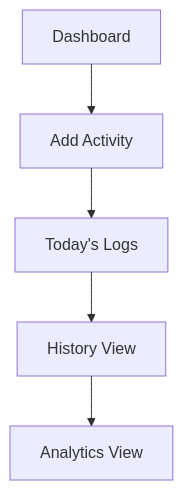
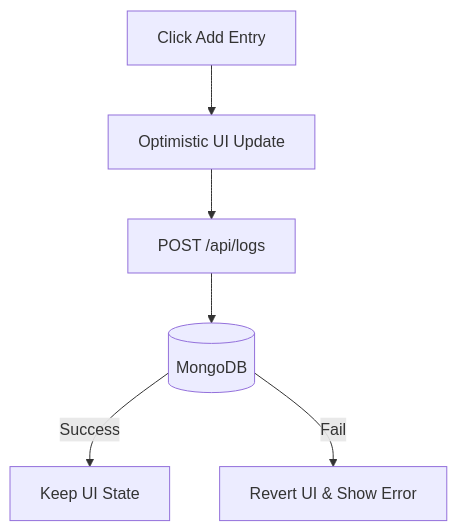
Before and after one commit to abhijeet-hudda/Focus-and-Habit-Tracker: the fourth of 6 diagrams in wireframe.md, drawn with Mermaid. The commit also changed other lines of this file, not shown here.

Commit message:
add wireframe and flowcharts

````diff
--- a/wireframe.md
+++ b/wireframe.md
@@ -86,7 +134,10 @@
 ```mermaid
 flowchart TD
-  DA[Dashboard] --> AA[Add Activity]
-  AA --> TL[Today's Logs]
-  TL --> H[History View]
-  H --> A[Analytics View]
+    UserAction[Click Add Entry] --> StateUpdate[Optimistic UI Update]
+    StateUpdate --> API[POST /api/logs]
+    API --> DB[(MongoDB)]
+    
+    DB -- Success --> Confirm[Keep UI State]
+    DB -- Fail --> Revert[Revert UI & Show Error]
+
 ```
````
